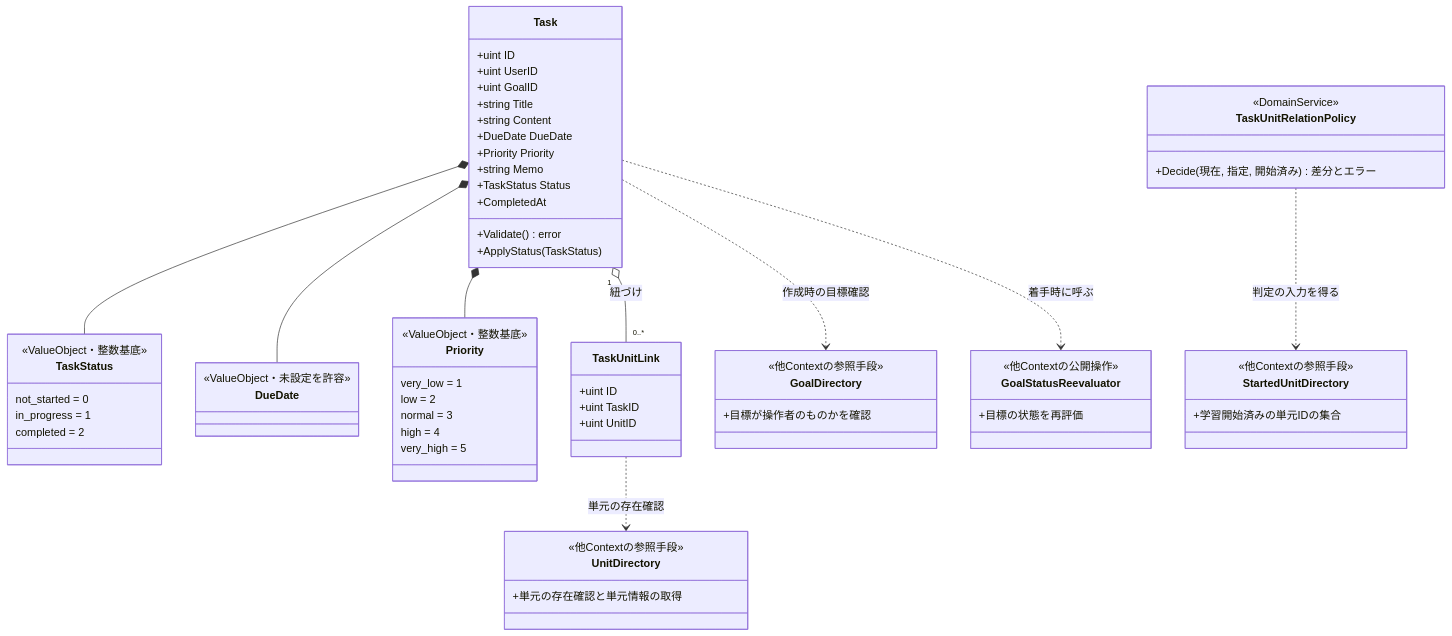
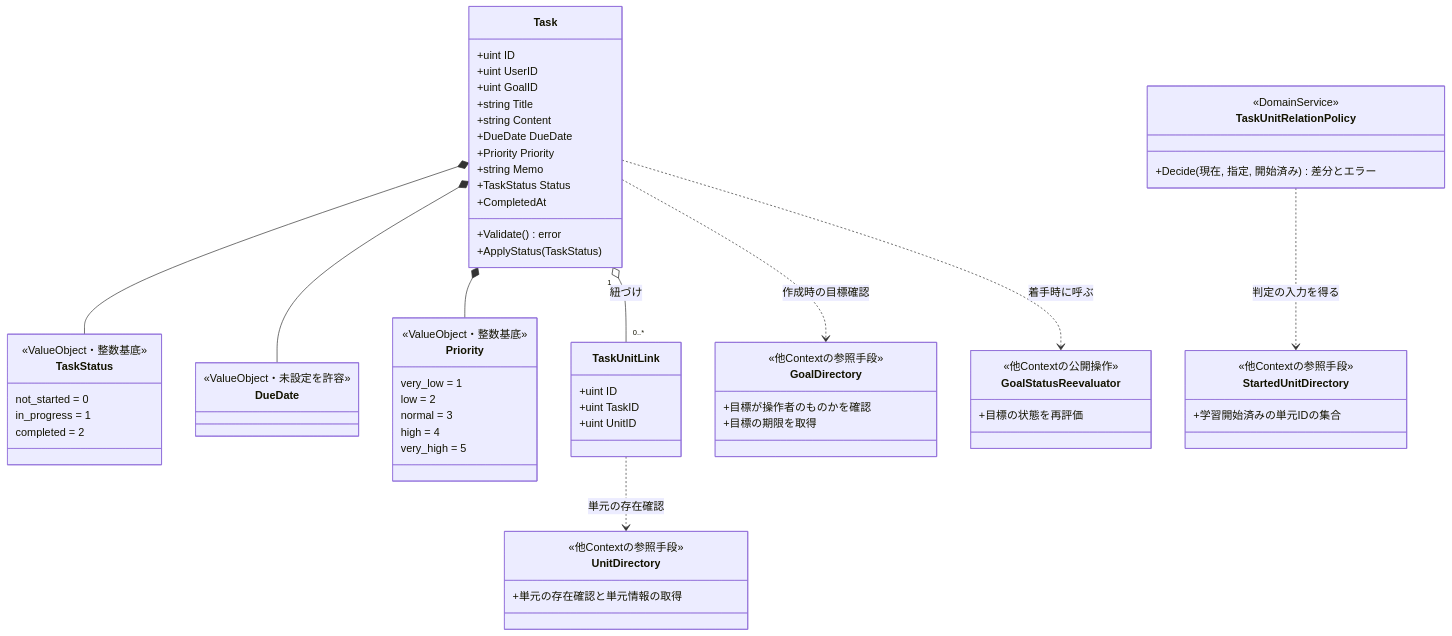
One commit to yuta20253/edu-platform-go-design changed the first of 5 diagrams in 計画書/GO移行・設計仕様書/タスク管理機能_Go移行・設計仕様書.md. Above: the diagram before and after it, drawn with Mermaid. The commit also changed other lines of this file and 21 other files, not shown here.

````diff
--- a/計画書/GO移行・設計仕様書/タスク管理機能_Go移行・設計仕様書.md
+++ b/計画書/GO移行・設計仕様書/タスク管理機能_Go移行・設計仕様書.md
@@ -246,68 +247,69 @@
 ```mermaid
 classDiagram
     class Task {
         +uint ID
         +uint UserID
         +uint GoalID
         +string Title
         +string Content
         +DueDate DueDate
         +Priority Priority
         +string Memo
         +TaskStatus Status
         +CompletedAt
         +Validate() error
         +ApplyStatus(TaskStatus)
     }
     class TaskUnitLink {
         +uint ID
         +uint TaskID
         +uint UnitID
     }
     class TaskStatus {
         <<ValueObject・整数基底>>
         not_started = 0
         in_progress = 1
         completed = 2
     }
     class DueDate {
         <<ValueObject・未設定を許容>>
     }
     class Priority {
         <<ValueObject・整数基底>>
         very_low = 1
         low = 2
         normal = 3
         high = 4
         very_high = 5
     }
     class TaskUnitRelationPolicy {
         <<DomainService>>
         +Decide(現在, 指定, 開始済み) 差分とエラー
     }
     class GoalDirectory {
         <<他Contextの参照手段>>
         +目標が操作者のものかを確認
+        +目標の期限を取得
     }
     class UnitDirectory {
         <<他Contextの参照手段>>
         +単元の存在確認と単元情報の取得
     }
     class StartedUnitDirectory {
         <<他Contextの参照手段>>
         +学習開始済みの単元IDの集合
     }
     class GoalStatusReevaluator {
         <<他Contextの公開操作>>
         +目標の状態を再評価
     }
 
     Task *-- TaskStatus
     Task *-- DueDate
     Task *-- Priority
     Task "1" o-- "0..*" TaskUnitLink : 紐づけ
     TaskUnitRelationPolicy ..> StartedUnitDirectory : 判定の入力を得る
     Task ..> GoalDirectory : 作成時の目標確認
     TaskUnitLink ..> UnitDirectory : 単元の存在確認
     Task ..> GoalStatusReevaluator : 着手時に呼ぶ
 ```
````
